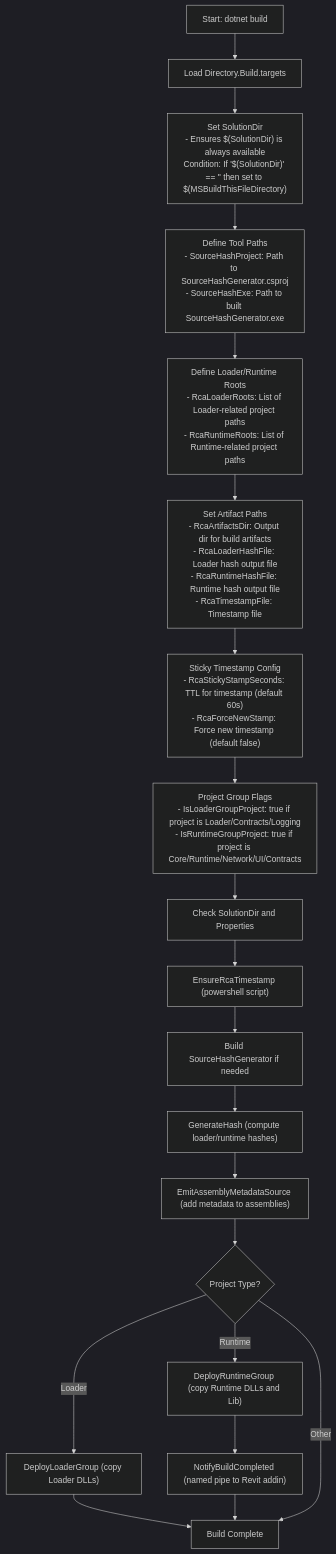
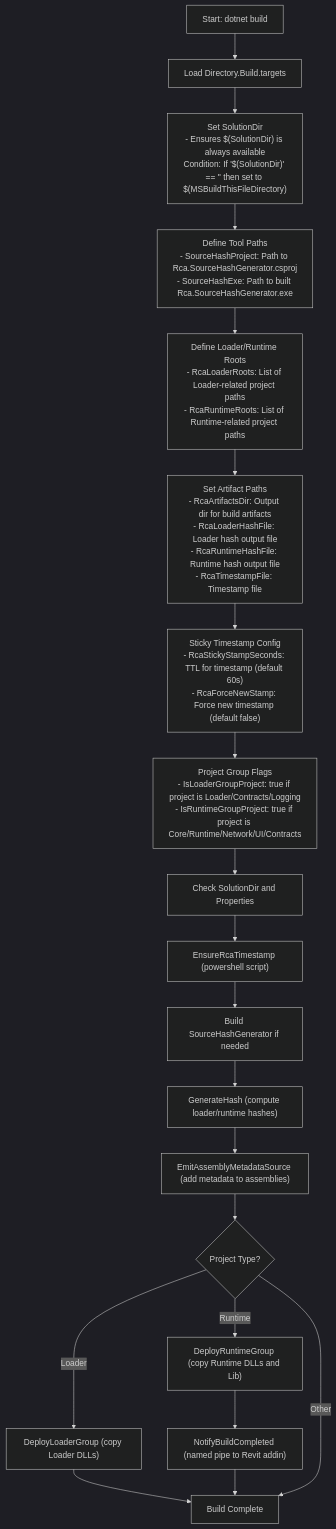
Before and after one commit to baidakovil/rca-plugin: the diagram in docs/diagrams/dotnetbuild.mmd, drawn with Mermaid (dark theme). The commit also changed 13 other files, not shown here.

Commit message:
Rename SourceHashGenerator Finally

```diff
--- a/docs/diagrams/dotnetbuild.mmd
+++ b/docs/diagrams/dotnetbuild.mmd
@@ -1,20 +1,20 @@
 flowchart TD
   A["Start: dotnet build"] --> B1["Load Directory.Build.targets"]
   B1 --> B2["Set SolutionDir<br/>- Ensures $(SolutionDir) is always available<br/>Condition: If '$(SolutionDir)' == '' then set to $(MSBuildThisFileDirectory)"]
-  B2 --> B3["Define Tool Paths<br/>- SourceHashProject: Path to SourceHashGenerator.csproj<br/>- SourceHashExe: Path to built SourceHashGenerator.exe"]
+  B2 --> B3["Define Tool Paths<br/>- SourceHashProject: Path to Rca.SourceHashGenerator.csproj<br/>- SourceHashExe: Path to built Rca.SourceHashGenerator.exe"]
   B3 --> B4["Define Loader/Runtime Roots<br/>- RcaLoaderRoots: List of Loader-related project paths<br/>- RcaRuntimeRoots: List of Runtime-related project paths"]
   B4 --> B5["Set Artifact Paths<br/>- RcaArtifactsDir: Output dir for build artifacts<br/>- RcaLoaderHashFile: Loader hash output file<br/>- RcaRuntimeHashFile: Runtime hash output file<br/>- RcaTimestampFile: Timestamp file"]
   B5 --> B6["Sticky Timestamp Config<br/>- RcaStickyStampSeconds: TTL for timestamp (default 60s)<br/>- RcaForceNewStamp: Force new timestamp (default false)"]
   B6 --> B7["Project Group Flags<br/>- IsLoaderGroupProject: true if project is Loader/Contracts/Logging<br/>- IsRuntimeGroupProject: true if project is Core/Runtime/Network/UI/Contracts"]
   B7 --> C["Check SolutionDir and Properties"]
   C --> D["EnsureRcaTimestamp (powershell script)"]
   D --> E["Build SourceHashGenerator if needed"]
   E --> F["GenerateHash (compute loader/runtime hashes)"]
   F --> G["EmitAssemblyMetadataSource (add metadata to assemblies)"]
   G --> H{"Project Type?"}
   H -- Loader --> I["DeployLoaderGroup (copy Loader DLLs)"]
   H -- Runtime --> J["DeployRuntimeGroup (copy Runtime DLLs and Lib)"]
   J --> K["NotifyBuildCompleted (named pipe to Revit addin)"]
   I --> L["Build Complete"]
   K --> L
   H -- Other --> L
```
